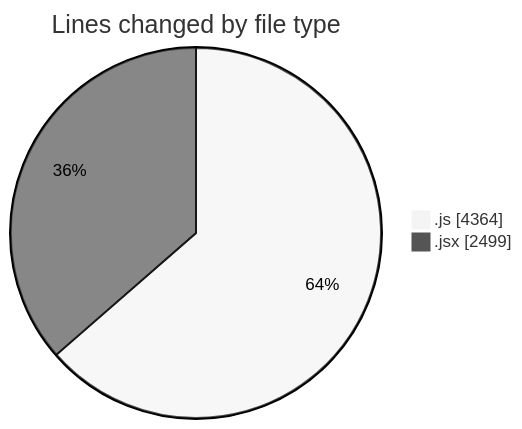
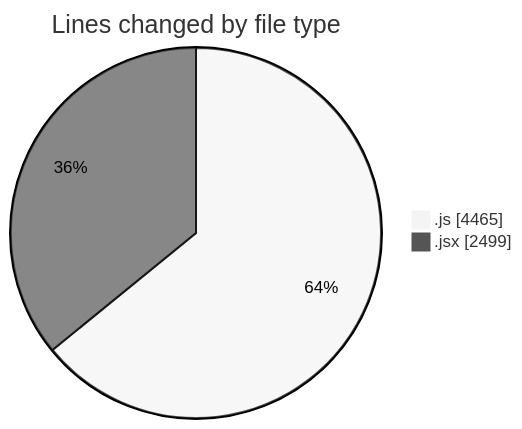
Before and after one commit to nxtqubesakshisongat/code-tracking: the first of 2 diagrams in 2025-08-13/nxtqube_webapp/README.md, drawn with Mermaid (neutral theme). The commit also changed other lines of this file and 1 other file, not shown here.

````diff
--- a/2025-08-13/nxtqube_webapp/README.md
+++ b/2025-08-13/nxtqube_webapp/README.md
@@ -25,6 +26,6 @@
 ```mermaid
 pie showData
 title Lines changed by file type
-".js" : 4364
+".js" : 4465
 ".jsx" : 2499
 ```
````
